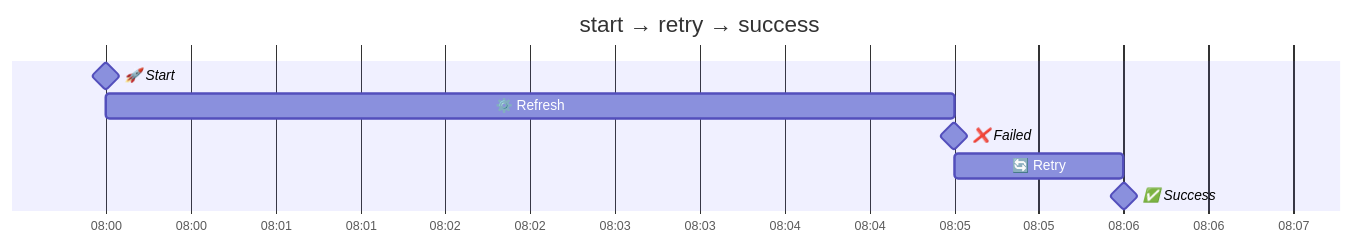
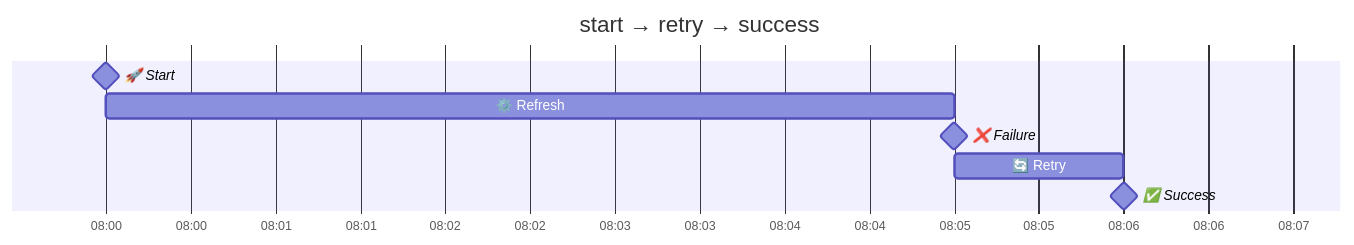
The second of 4 diagrams in refresh-retry/README.md (vbarbarosh/workflows), drawn with Mermaid before and after one commit. The commit also changed other lines of this file, not shown here.

````diff
--- a/refresh-retry/README.md
+++ b/refresh-retry/README.md
@@ -64,17 +64,17 @@
 ```mermaid
 ---
 xdisplayMode: compact
 xconfig:
   xtheme: neo-dark
 ---
 gantt
     title start → retry → success
     dateFormat HH:mm
     axisFormat %H:%M
 
-    🚀 Start : milestone, m1, 08:00, 0m
+    🚀 Start : milestone, 08:00, 0m
     ⚙️ Refresh : a1, 08:00, 5m
-    ❌ Failed : milestone, m2, 08:04, 2m
+    ❌ Failure : milestone, 08:04, 2m
     🔄 Retry : a2, 08:05, 1m
-    ✅ Success : milestone, m3, 08:05, 2m
+    ✅ Success : milestone, 08:05, 2m
 ```
````
